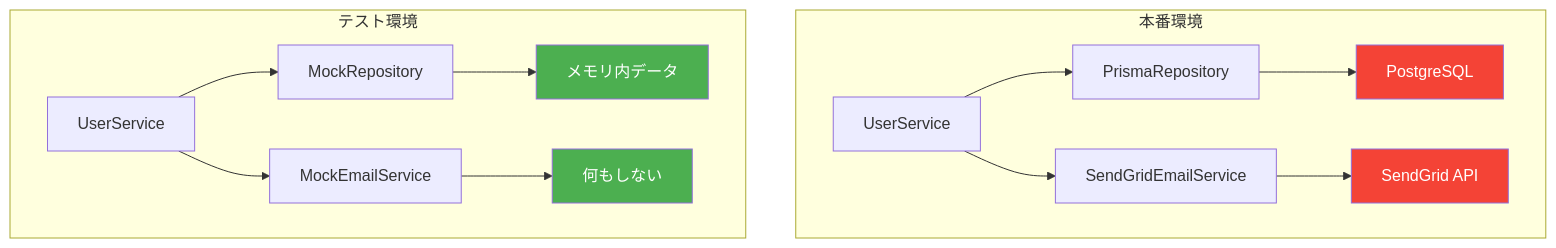
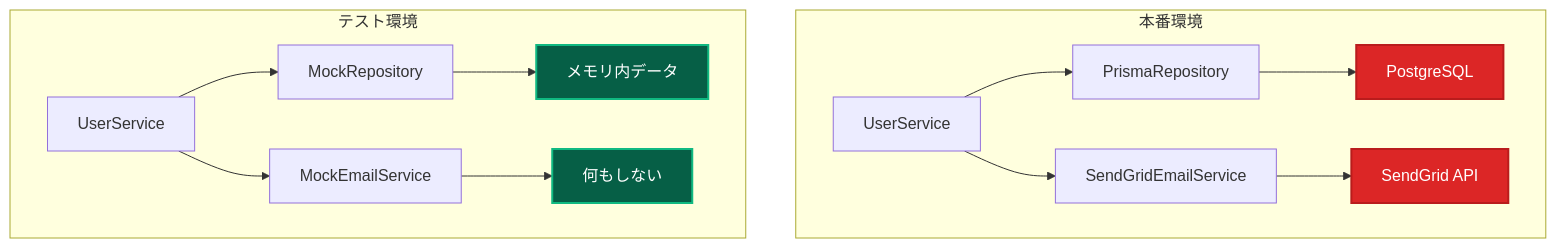
Before and after one commit to derushio/d-next-ddd-example: the sixth of 12 diagrams in _DOCS/guides/ddd/concepts/whats-di.md, drawn with Mermaid. The commit also changed other lines of this file and 31 other files, not shown here.

Commit message:
🎨: DOCSのMermaid図表カラーテーマを暗色に統一し視認性を向上

````diff
--- a/_DOCS/guides/ddd/concepts/whats-di.md
+++ b/_DOCS/guides/ddd/concepts/whats-di.md
@@ -426,21 +426,21 @@
 ```mermaid
 graph TD
     subgraph "本番環境"
         A[UserService] --> B[PrismaRepository]
         A --> C[SendGridEmailService]
         B --> D[PostgreSQL]
         C --> E[SendGrid API]
     end
     
     subgraph "テスト環境"
         F[UserService] --> G[MockRepository]
         F --> H[MockEmailService]
         G --> I[メモリ内データ]
         H --> J[何もしない]
     end
     
-    style D fill:#f44336,color:#fff
-    style E fill:#f44336,color:#fff
-    style I fill:#4caf50,color:#fff
-    style J fill:#4caf50,color:#fff
+    style D fill:#dc2626,stroke:#b91c1c,stroke-width:2px,color:#ffffff
+    style E fill:#dc2626,stroke:#b91c1c,stroke-width:2px,color:#ffffff
+    style I fill:#065f46,stroke:#10b981,stroke-width:2px,color:#ffffff
+    style J fill:#065f46,stroke:#10b981,stroke-width:2px,color:#ffffff
 ```
````
